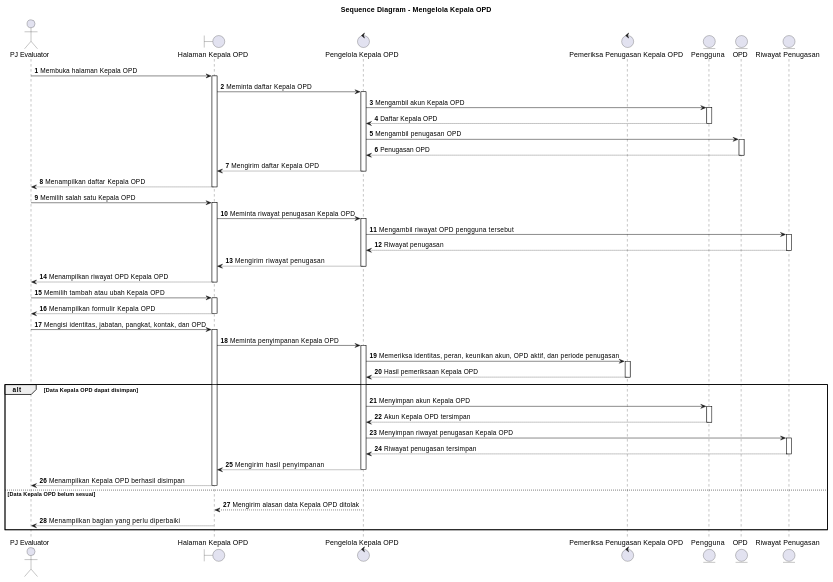
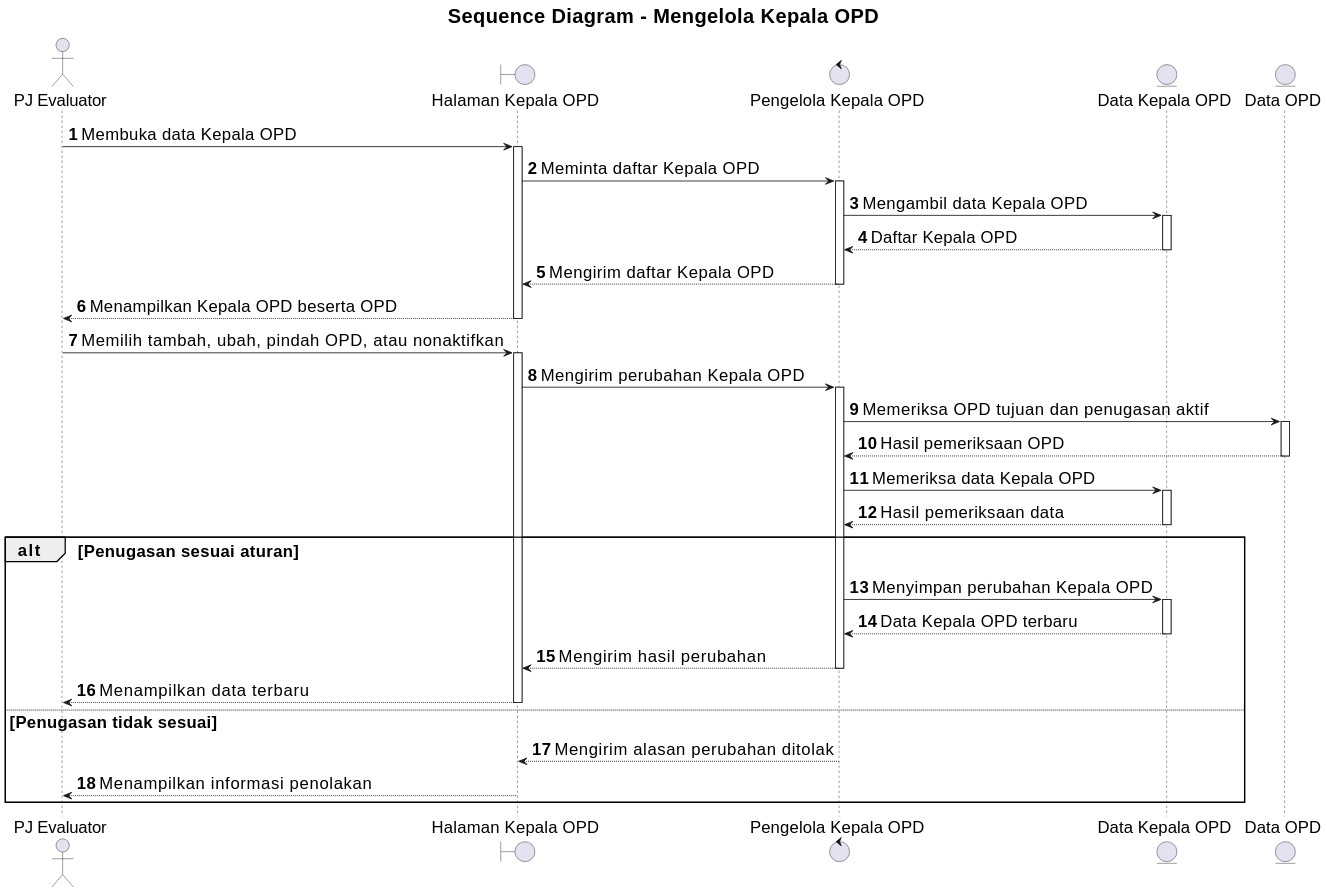
The diagram in docs/sequence/lampiran/pj-evaluator-mengelola-kepala-opd.md (howlil/sop-generate-app), drawn with PlantUML before and after one commit. The commit also changed other lines of this file and 20 other files, not shown here.

Commit message:
docs(sequence): align all sequence diagrams with use cases

````diff
--- a/docs/sequence/lampiran/pj-evaluator-mengelola-kepala-opd.md
+++ b/docs/sequence/lampiran/pj-evaluator-mengelola-kepala-opd.md
@@ -16,50 +16,42 @@
 ```plantuml
 @startuml
+skinparam defaultFontSize 20
+skinparam titleFontSize 24
+skinparam dpi 160
+
 title Sequence Diagram - Mengelola Kepala OPD
 autonumber
 autoactivate on
 
 actor "PJ Evaluator" as A
 boundary "Halaman Kepala OPD" as B
 control "Pengelola Kepala OPD" as C
-control "Pemeriksa Penugasan Kepala OPD" as D
-entity "Pengguna" as Pengguna
-entity "OPD" as OPD
-entity "Riwayat Penugasan" as RiwayatPenugasan
+entity "Data Kepala OPD" as D
+entity "Data OPD" as E
 
-A -> B : Membuka halaman Kepala OPD
+A -> B : Membuka data Kepala OPD
 B -> C : Meminta daftar Kepala OPD
-C -> Pengguna : Mengambil akun Kepala OPD
-Pengguna --> C : Daftar Kepala OPD
-C -> OPD : Mengambil penugasan OPD
-OPD --> C : Penugasan OPD
+C -> D : Mengambil data Kepala OPD
+D --> C : Daftar Kepala OPD
 C --> B : Mengirim daftar Kepala OPD
-B --> A : Menampilkan daftar Kepala OPD
+B --> A : Menampilkan Kepala OPD beserta OPD
 
-A -> B : Memilih salah satu Kepala OPD
-B -> C : Meminta riwayat penugasan Kepala OPD
-C -> RiwayatPenugasan : Mengambil riwayat OPD pengguna tersebut
-RiwayatPenugasan --> C : Riwayat penugasan
-C --> B : Mengirim riwayat penugasan
-B --> A : Menampilkan riwayat OPD Kepala OPD
+A -> B : Memilih tambah, ubah, pindah OPD, atau nonaktifkan
+B -> C : Mengirim perubahan Kepala OPD
+C -> E : Memeriksa OPD tujuan dan penugasan aktif
+E --> C : Hasil pemeriksaan OPD
+C -> D : Memeriksa data Kepala OPD
+D --> C : Hasil pemeriksaan data
 
-A -> B : Memilih tambah atau ubah Kepala OPD
-B --> A : Menampilkan formulir Kepala OPD
-A -> B : Mengisi identitas, jabatan, pangkat, kontak, dan OPD
-B -> C : Meminta penyimpanan Kepala OPD
-C -> D : Memeriksa identitas, peran, keunikan akun, OPD aktif, dan periode penugasan
-D --> C : Hasil pemeriksaan Kepala OPD
-alt Data Kepala OPD dapat disimpan
-  C -> Pengguna : Menyimpan akun Kepala OPD
-  Pengguna --> C : Akun Kepala OPD tersimpan
-  C -> RiwayatPenugasan : Menyimpan riwayat penugasan Kepala OPD
-  RiwayatPenugasan --> C : Riwayat penugasan tersimpan
-  C --> B : Mengirim hasil penyimpanan
-  B --> A : Menampilkan Kepala OPD berhasil disimpan
-else Data Kepala OPD belum sesuai
-  C --> B : Mengirim alasan data Kepala OPD ditolak
-  B --> A : Menampilkan bagian yang perlu diperbaiki
+alt Penugasan sesuai aturan
+  C -> D : Menyimpan perubahan Kepala OPD
+  D --> C : Data Kepala OPD terbaru
+  C --> B : Mengirim hasil perubahan
+  B --> A : Menampilkan data terbaru
+else Penugasan tidak sesuai
+  C --> B : Mengirim alasan perubahan ditolak
+  B --> A : Menampilkan informasi penolakan
 end
 
 @enduml
 ```
````
